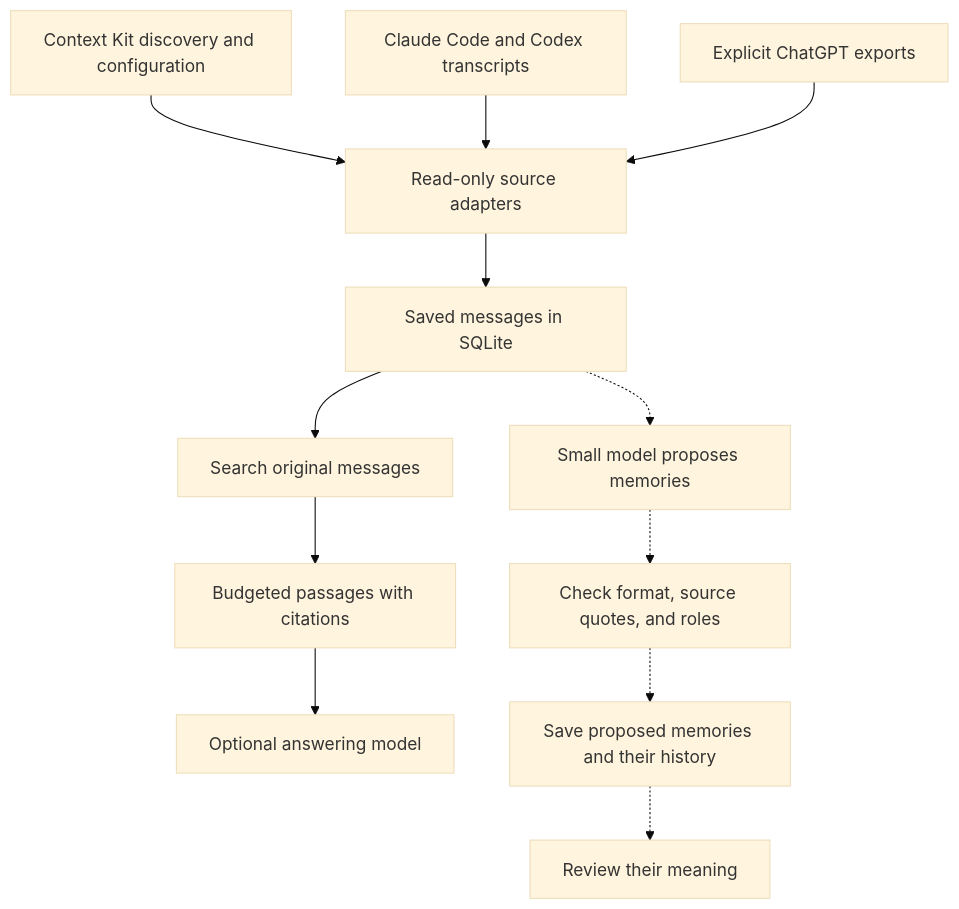
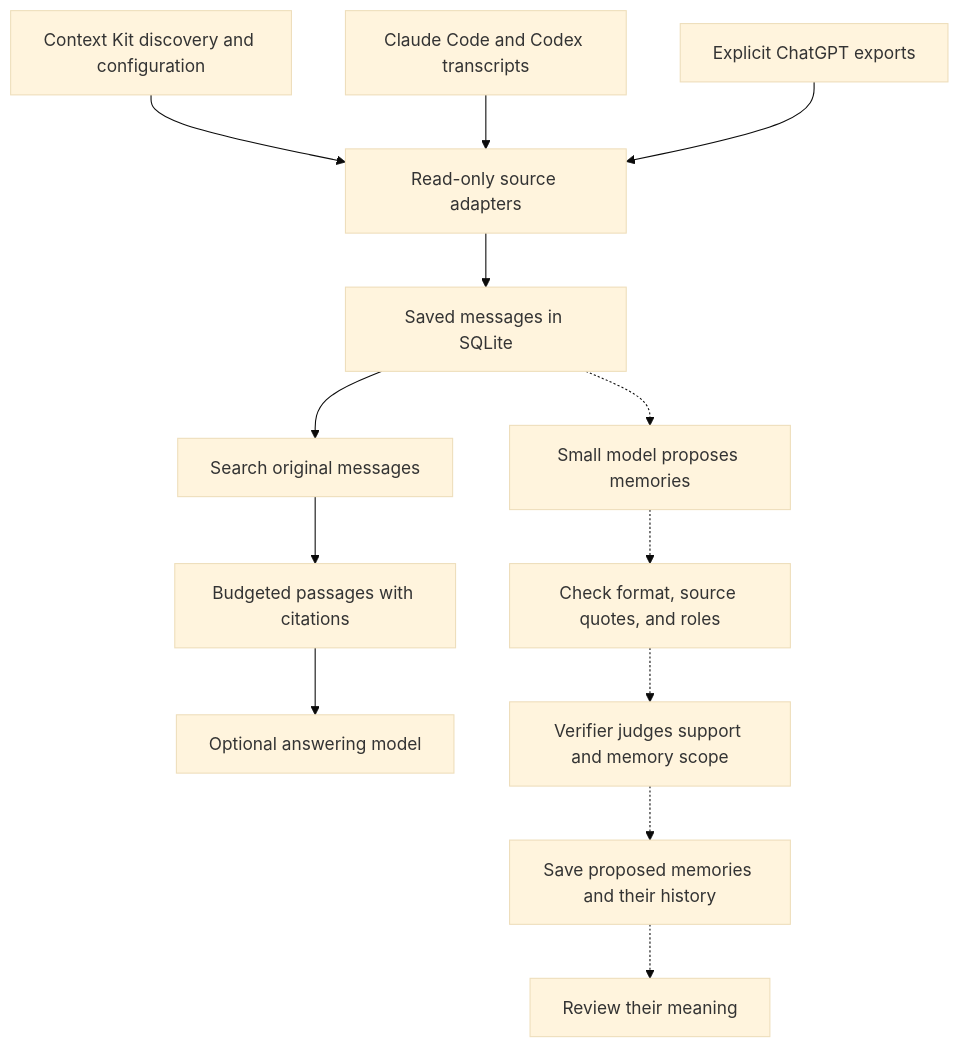
Before and after one commit to 1337mus/tracemem: the diagram in README.md, drawn with Mermaid (base theme). The commit also changed other lines of this file and 15 other files, not shown here.

````diff
--- a/README.md
+++ b/README.md
@@ -52,14 +53,15 @@
 ```mermaid
 flowchart TD
   CK[Context Kit discovery and configuration] --> A[Read-only source adapters]
   T[Claude Code and Codex transcripts] --> A
   G[Explicit ChatGPT exports] --> A
   A --> E[Saved messages in SQLite]
   E --> S[Search original messages]
   S --> P[Budgeted passages with citations]
   P --> O[Optional answering model]
   E -.-> X[Small model proposes memories]
   X -.-> C[Check format, source quotes, and roles]
-  C -.-> L[Save proposed memories and their history]
+  C -.-> V[Verifier judges support and memory scope]
+  V -.-> L[Save proposed memories and their history]
   L -.-> R[Review their meaning]
 ```
````
